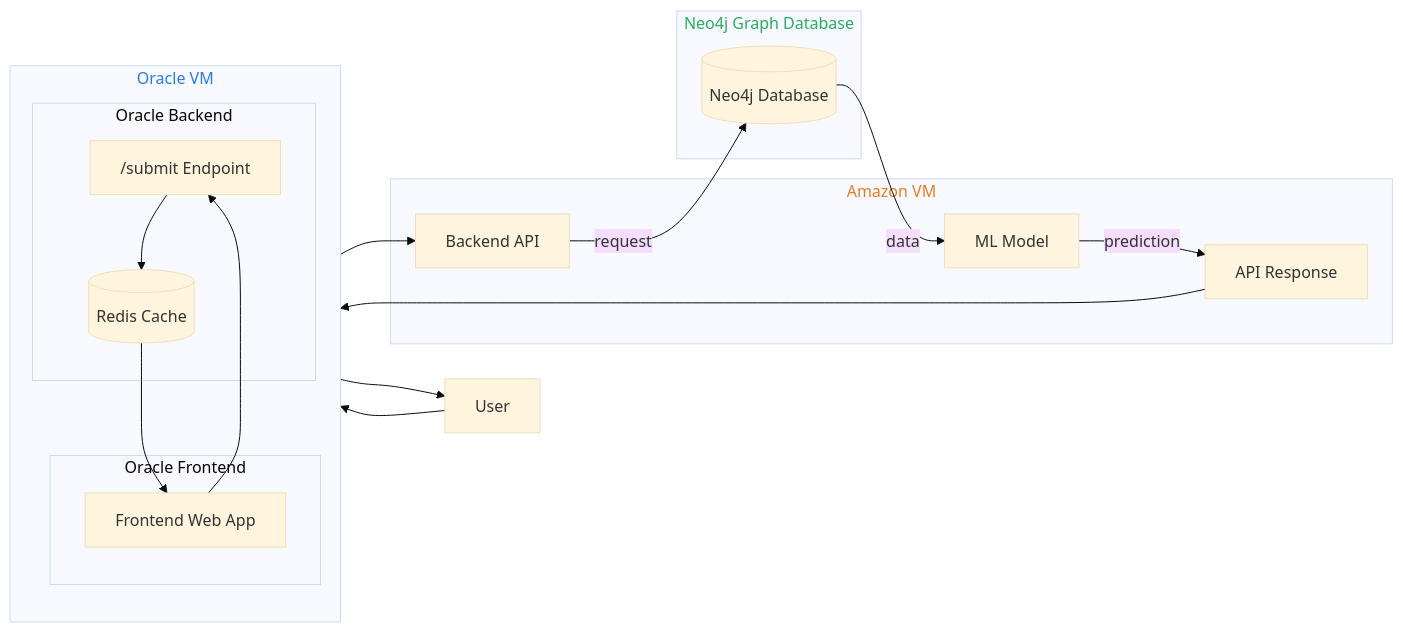
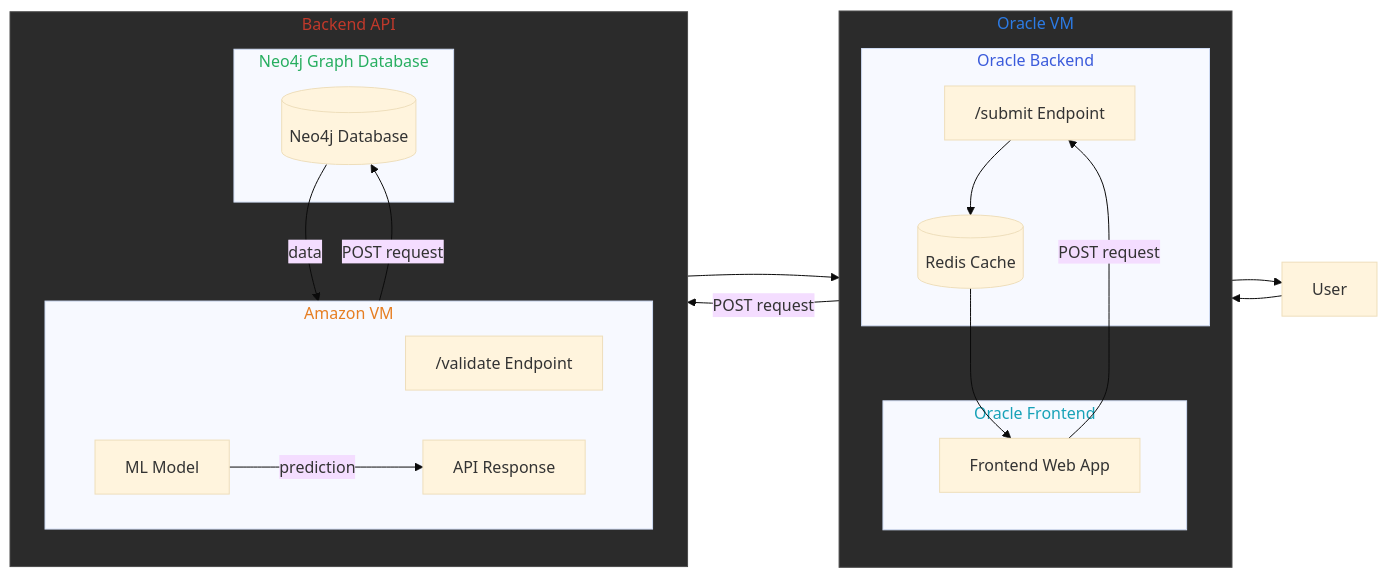
One commit to thesteau/bitguard changed the second of 2 diagrams in README.md. Above: the diagram before and after it, drawn with Mermaid (base theme).

Commit message:
Style the architecture

````diff
--- a/README.md
+++ b/README.md
@@ -73,39 +73,46 @@
 ```mermaid
 flowchart LR
 
 U[User]
 
 subgraph Oracle["<span style='color:#2c7be5'>Oracle VM</span>"]
     direction TB
 
-    subgraph OracleFrontend["Oracle Frontend"]
+    subgraph OracleFrontend["<span style='color:#17a2b8'>Oracle Frontend</span>"]
         FE[Frontend Web App]
     end
 
-    subgraph OracleBackend["Oracle Backend"]
+    subgraph OracleBackend["<span style='color:#3b5bdb'>Oracle Backend</span>"]
         SUBMIT["/submit Endpoint"]
         CACHE[(Redis Cache)]
     end
 end
+style Oracle fill:#2b2b2b,stroke:#4a4a4a
 
-subgraph AWS["<span style='color:#e67e22'>Amazon VM</span>"]
-    API[Backend API]
-    MODEL[ML Model]
-    APIRESP[API Response]
+subgraph Backend["<span style='color:#c0392b'>Backend API</span>"]
+    direction TB
+
+    subgraph AWS["<span style='color:#e67e22'>Amazon VM</span>"]
+        direction LR
+        VALIDATE["/validate Endpoint"]
+        MODEL[ML Model]
+        APIRESP[API Response]
+    end
+
+    subgraph Graph["<span style='color:#27ae60'>Neo4j Graph Database</span>"]
+        DB[(Neo4j Database)]
+    end
 end
-
-subgraph Graph["<span style='color:#27ae60'>Neo4j Graph Database</span>"]
-    DB[(Neo4j Database)]
-end
+style Backend fill:#2b2b2b,stroke:#4a4a4a
 
 U --> FE
-FE --> SUBMIT
+FE -- POST request --> SUBMIT
 SUBMIT --> CACHE
-CACHE --> API
-API -- request --> DB
+CACHE -- POST request --> VALIDATE
+VALIDATE -- POST request --> DB
 DB -- data --> MODEL
 MODEL -- prediction --> APIRESP
 APIRESP --> CACHE
 CACHE --> FE
 FE --> U
 ```
````
